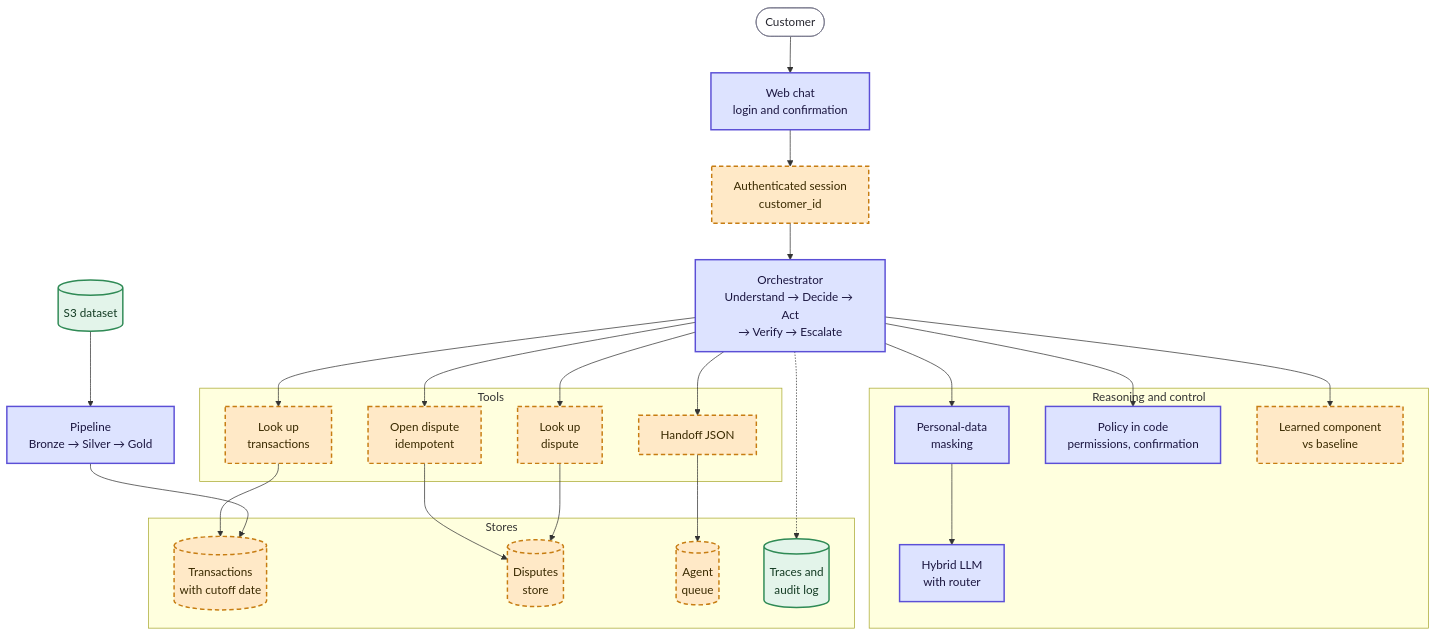
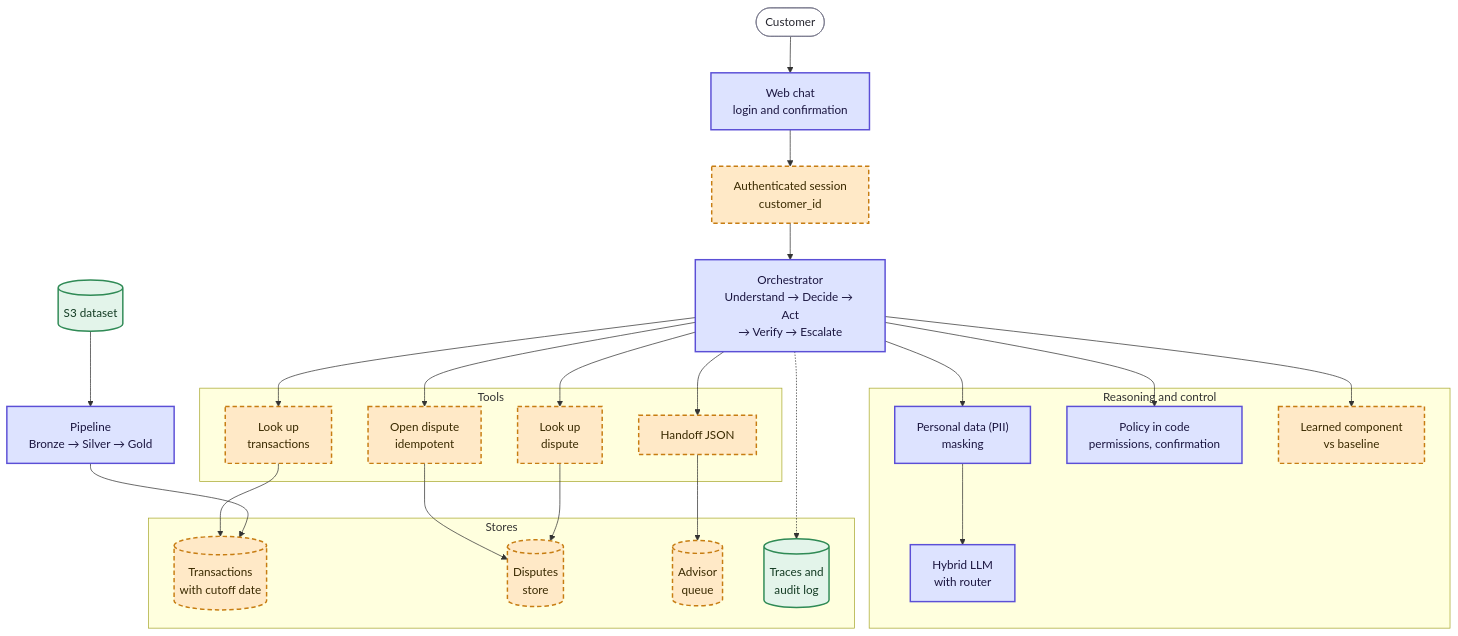
One commit to rdorta27/factored-hackathon-2026-sentinel-engine changed the second of 4 diagrams in docs/understand/architecture.md. Above: the diagram before and after it, drawn with Mermaid. The commit also changed other lines of this file and 16 other files, not shown here.

First line of the commit message:
docs: separate advisor from agent, stages from layers, and settle PII wording

````diff
--- a/docs/understand/architecture.md
+++ b/docs/understand/architecture.md
@@ -49,41 +49,41 @@
 ```mermaid
 flowchart TB
     client(["Customer"]) --> chat["Web chat<br/>login and confirmation"] --> auth["Authenticated session<br/>customer_id"] --> orch["Orchestrator<br/>Understand → Decide → Act<br/>→ Verify → Escalate"]
 
     subgraph brain["Reasoning and control"]
-        pii["Personal-data<br/>masking"] --> llm["Hybrid LLM<br/>with router"]
+        pii["Personal data (PII)<br/>masking"] --> llm["Hybrid LLM<br/>with router"]
         policy["Policy in code<br/>permissions, confirmation"]
         ml["Learned component<br/>vs baseline"]
     end
     subgraph toolset["Tools"]
         read["Look up<br/>transactions"]
         open["Open dispute<br/>idempotent"]
         verify["Look up<br/>dispute"]
         handoff["Handoff JSON"]
     end
     subgraph stores["Stores"]
         gold[("Transactions<br/>with cutoff date")]
         disputes[("Disputes<br/>store")]
-        agents[("Agent<br/>queue")]
+        advisors[("Advisor<br/>queue")]
         traces[("Traces and<br/>audit log")]
     end
 
     orch --> pii & policy & ml
     orch --> read & open & verify & handoff
     read --> gold
     open --> disputes
     verify --> disputes
-    handoff --> agents
+    handoff --> advisors
     orch -.-> traces
     s3[("S3 dataset")] --> pipeline["Pipeline<br/>Bronze → Silver → Gold"] --> gold
 
     classDef real fill:#dde3ff,stroke:#5b4fd6,stroke-width:2px,color:#1b1640
     classDef mock fill:#ffe9c7,stroke:#c77d12,stroke-width:2px,stroke-dasharray:6 4,color:#3a2a00
     classDef store fill:#e3f4ea,stroke:#2f8a55,stroke-width:2px,color:#123a22
     classDef proposed fill:#f1f1f4,stroke:#77778a,stroke-width:2px,stroke-dasharray:4 3,color:#26262f
     classDef ext fill:#ffffff,stroke:#77778a,stroke-width:1px,color:#26262f
     class client ext
     class chat,orch,pii,policy,llm,pipeline real
-    class auth,ml,read,open,verify,handoff,gold,disputes,agents mock
+    class auth,ml,read,open,verify,handoff,gold,disputes,advisors mock
     class traces,s3 store
 ```
````
